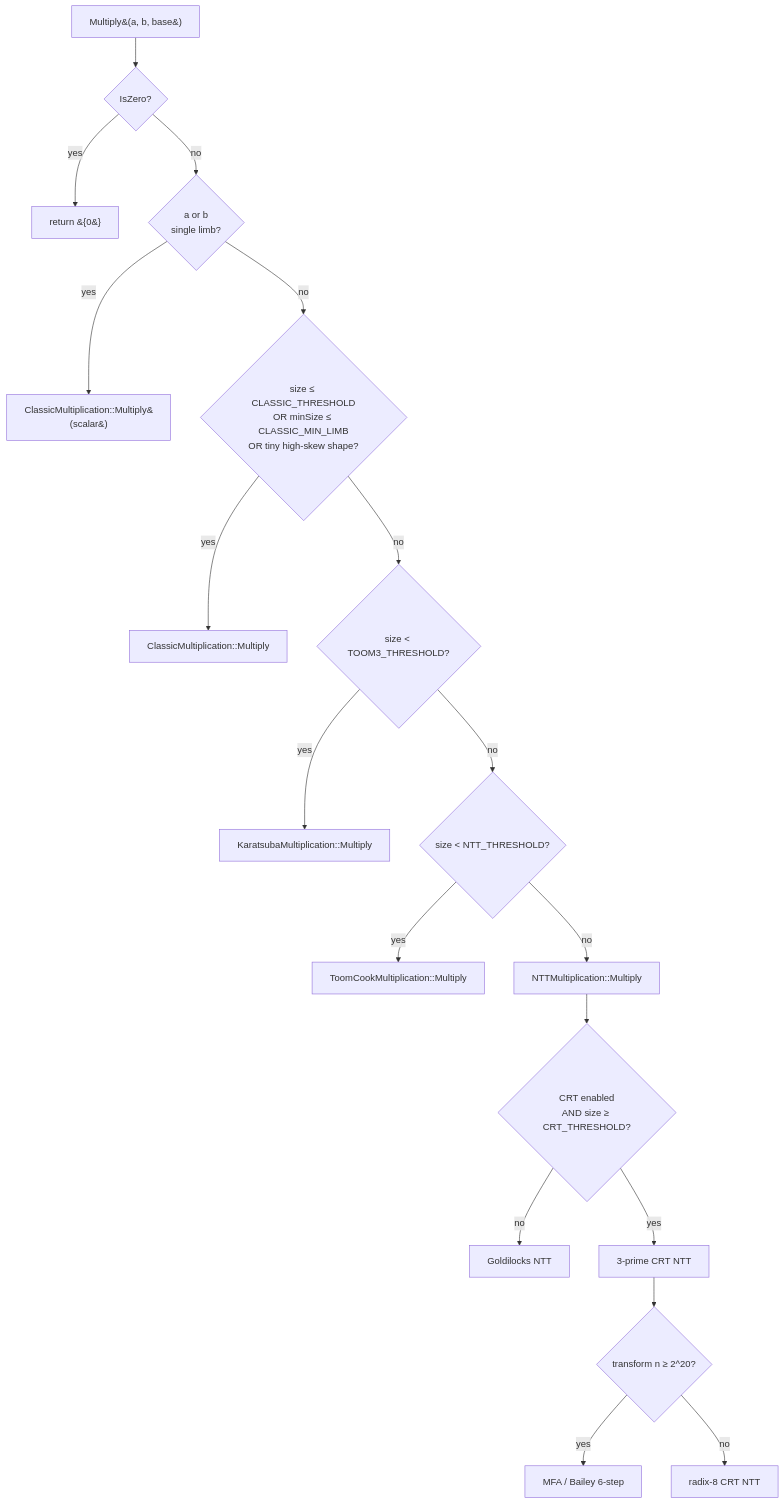
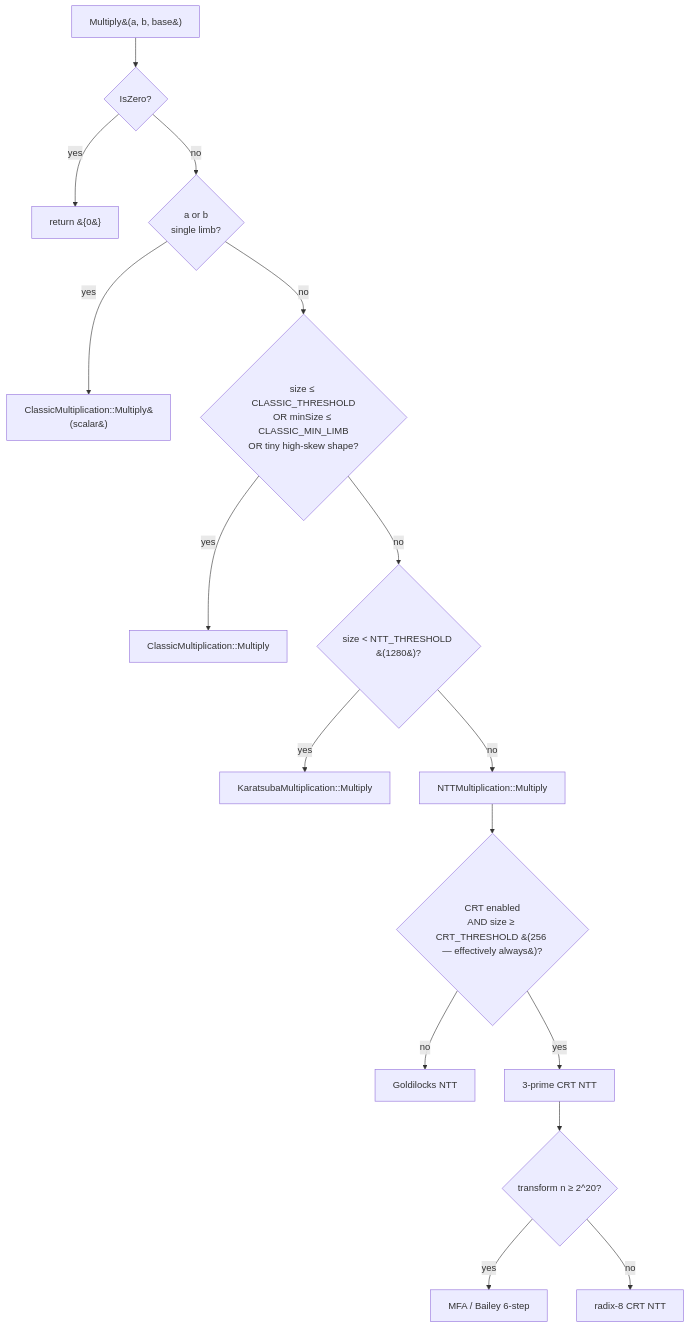
One commit to mmurshed/biginteger changed the first of 2 diagrams in docs/MULTIPLICATION.md. Above: the diagram before and after it, drawn with Mermaid. The commit also changed other lines of this file and 9 other files, not shown here.

````diff
--- a/docs/MULTIPLICATION.md
+++ b/docs/MULTIPLICATION.md
@@ -68,21 +68,19 @@
 ```mermaid
 flowchart TD
     A[Multiply&#40;a, b, base&#41;] --> B{IsZero?}
     B -- yes --> Z[return &#123;0&#125;]
     B -- no --> C{a or b<br/>single limb?}
     C -- yes --> Sc[ClassicMultiplication::Multiply&#40;scalar&#41;]
     C -- no --> D{size ≤ CLASSIC_THRESHOLD<br/>OR minSize ≤ CLASSIC_MIN_LIMB<br/>OR tiny high-skew shape?}
     D -- yes --> Cl[ClassicMultiplication::Multiply]
-    D -- no --> E{size &lt; TOOM3_THRESHOLD?}
+    D -- no --> E{size &lt; NTT_THRESHOLD &#40;1280&#41;?}
     E -- yes --> K[KaratsubaMultiplication::Multiply]
-    E -- no --> T{size &lt; NTT_THRESHOLD?}
-    T -- yes --> Toom[ToomCookMultiplication::Multiply]
-    T -- no --> N[NTTMultiplication::Multiply]
+    E -- no --> N[NTTMultiplication::Multiply]
 
-    N --> C1{CRT enabled<br/>AND size ≥ CRT_THRESHOLD?}
+    N --> C1{CRT enabled<br/>AND size ≥ CRT_THRESHOLD &#40;256 — effectively always&#41;?}
     C1 -- no --> G[Goldilocks NTT]
     C1 -- yes --> C2[3-prime CRT NTT]
     C2 --> C3{transform n ≥ 2^20?}
     C3 -- yes --> MFA[MFA / Bailey 6-step]
     C3 -- no --> R8[radix-8 CRT NTT]
 ```
````
